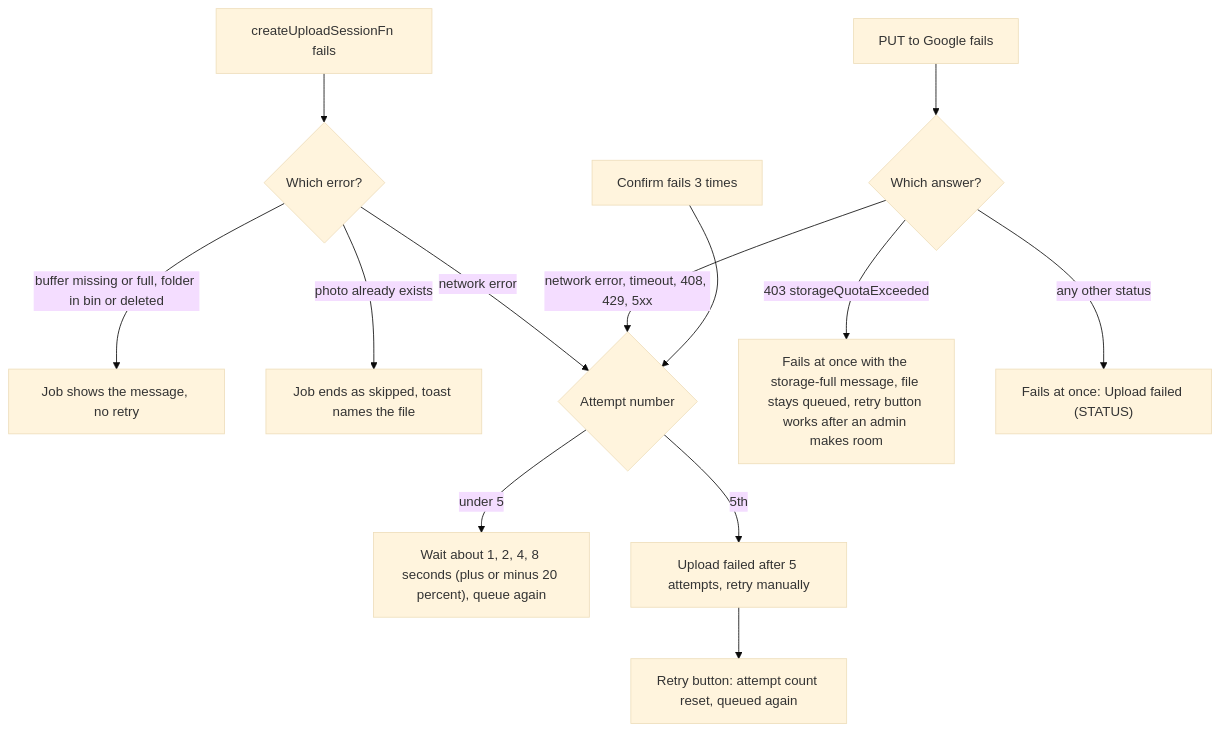
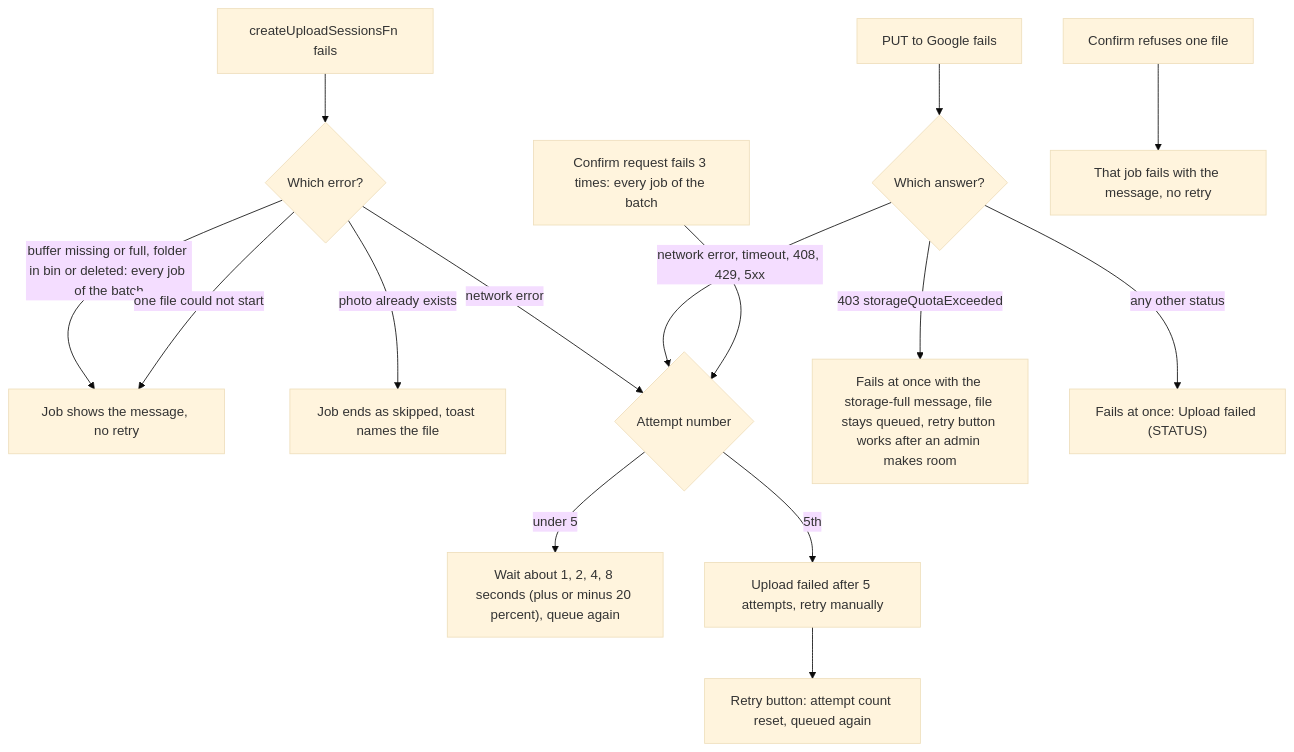
Before and after one commit to sagyzdop/meriksirat: the diagram in docs/scenarios/member/albums/upload-failures.md, drawn with Mermaid (base theme). The commit also changed other lines of this file and 69 other files, not shown here.

First line of the commit message:
perf(albums): batch upload sessions and confirms; keep code errors out of the UI

````diff
--- a/docs/scenarios/member/albums/upload-failures.md
+++ b/docs/scenarios/member/albums/upload-failures.md
@@ -7,15 +7,17 @@
 ```mermaid
 flowchart TD
-    S["createUploadSessionFn fails"] --> S1{"Which error?"}
-    S1 -- "buffer missing or full, folder in bin or deleted" --> S2["Job shows the message, no retry"]
+    S["createUploadSessionsFn fails"] --> S1{"Which error?"}
+    S1 -- "buffer missing or full, folder in bin or deleted: every job of the batch" --> S2["Job shows the message, no retry"]
+    S1 -- "one file could not start" --> S2
     S1 -- "photo already exists" --> S3["Job ends as skipped, toast names the file"]
     S1 -- "network error" --> T
     P["PUT to Google fails"] --> P1{"Which answer?"}
     P1 -- "403 storageQuotaExceeded" --> Q["Fails at once with the storage-full message, file stays queued, retry button works after an admin makes room"]
     P1 -- "network error, timeout, 408, 429, 5xx" --> T
     P1 -- "any other status" --> F["Fails at once: Upload failed (STATUS)"]
-    C["Confirm fails 3 times"] --> T
+    C["Confirm request fails 3 times: every job of the batch"] --> T
+    C1["Confirm refuses one file"] --> F1["That job fails with the message, no retry"]
     T{"Attempt number"} -- "under 5" --> W["Wait about 1, 2, 4, 8 seconds (plus or minus 20 percent), queue again"]
     T -- "5th" --> M["Upload failed after 5 attempts, retry manually"]
     M --> R["Retry button: attempt count reset, queued again"]
 ```
````
